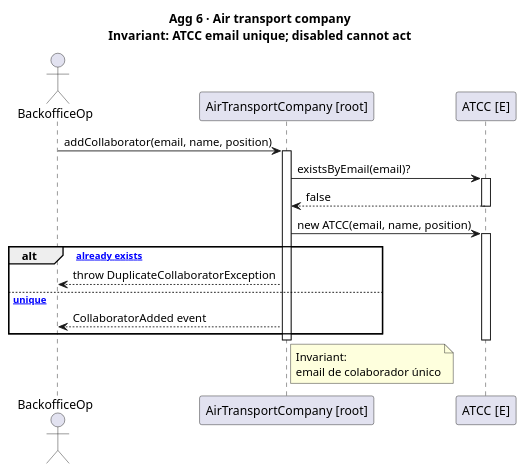
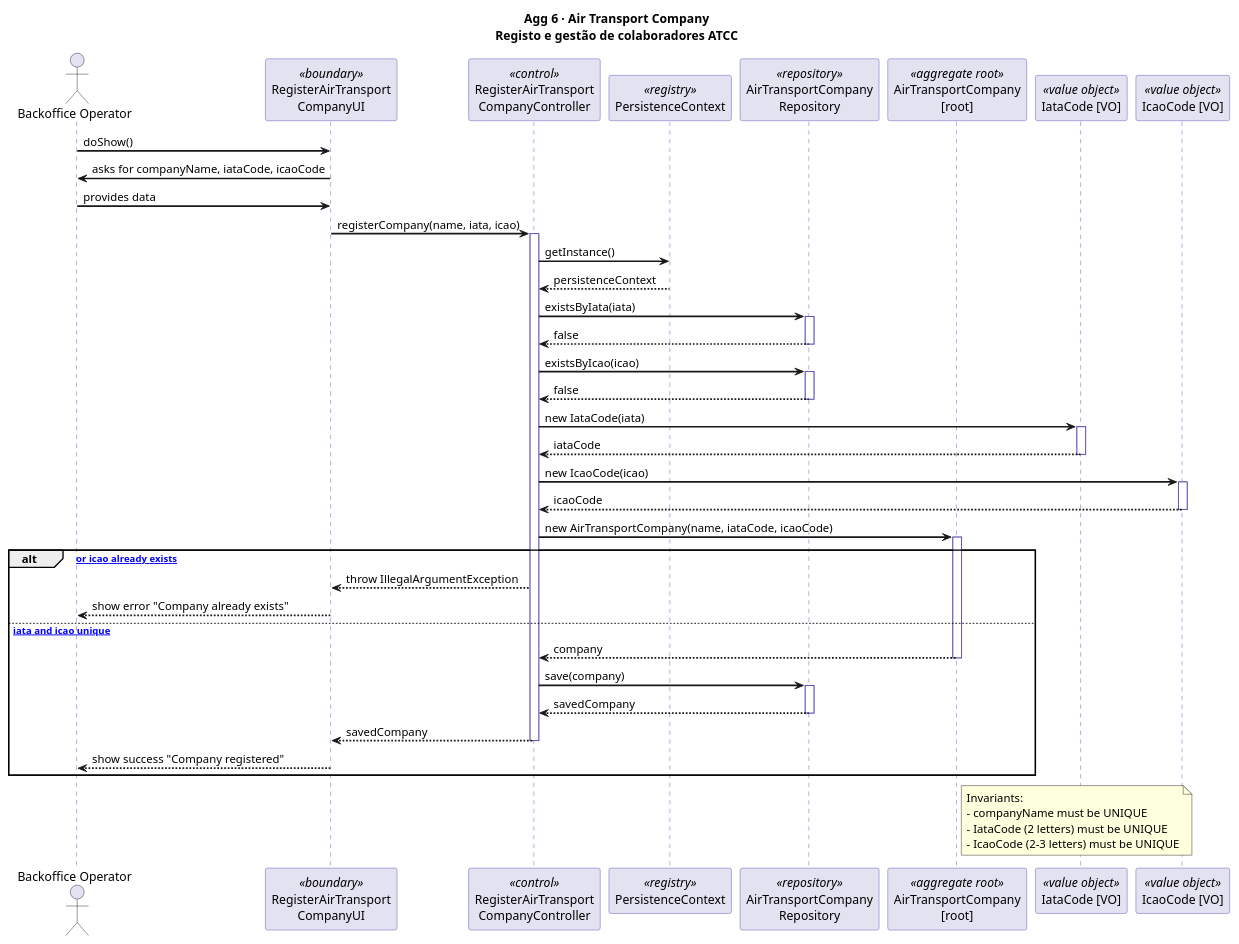
Before and after one commit to DuartePinto1240/sem4pi2526-sem4pi2526_2da2: the diagram in docs/Sprint 1/SSDs/Agg06.puml, drawn with PlantUML. The commit also changed 4 other files, not shown here.

```diff
--- a/docs/Sprint 1/SSDs/Agg06.puml
+++ b/docs/Sprint 1/SSDs/Agg06.puml
@@ -1,33 +1,80 @@
 @startuml US011_Agg06_AirTransportCompany
-title Agg 6 · Air transport company\nInvariant: ATCC email unique; disabled cannot act
+title Agg 6 · Air Transport Company\nRegisto e gestão de colaboradores ATCC
 
-actor "BackofficeOp" as Op
-participant "AirTransportCompany [root]" as ATC
-participant "ATCC [E]" as ATCC
+skinparam sequenceArrowThickness 2
+skinparam sequenceParticipantBorderColor #534AB7
+skinparam sequenceLifeLineBorderColor #534AB7
 
-Op -> ATC : addCollaborator(email, name, position)
+actor "Backoffice Operator" as Op
+
+participant "RegisterAirTransport\nCompanyUI" as UI <<boundary>>
+participant "RegisterAirTransport\nCompanyController" as CTRL <<control>>
+participant "PersistenceContext" as PC <<registry>>
+participant "AirTransportCompany\nRepository" as REPO <<repository>>
+participant "AirTransportCompany\n[root]" as ATC <<aggregate root>>
+participant "IataCode [VO]" as IATA <<value object>>
+participant "IcaoCode [VO]" as ICAO <<value object>>
+
+' ─────────────────────────────
+' Register Company
+' ─────────────────────────────
+
+Op -> UI : doShow()
+UI -> Op : asks for companyName, iataCode, icaoCode
+Op -> UI : provides data
+
+UI -> CTRL : registerCompany(name, iata, icao)
+activate CTRL
+
+CTRL -> PC : getInstance()
+PC --> CTRL : persistenceContext
+
+CTRL -> REPO : existsByIata(iata)
+activate REPO
+REPO --> CTRL : false
+deactivate REPO
+
+CTRL -> REPO : existsByIcao(icao)
+activate REPO
+REPO --> CTRL : false
+deactivate REPO
+
+CTRL -> IATA : new IataCode(iata)
+activate IATA
+IATA --> CTRL : iataCode
+deactivate IATA
+
+CTRL -> ICAO : new IcaoCode(icao)
+activate ICAO
+ICAO --> CTRL : icaoCode
+deactivate ICAO
+
+CTRL -> ATC : new AirTransportCompany(name, iataCode, icaoCode)
 activate ATC
 
-ATC -> ATCC : existsByEmail(email)?
-activate ATCC
-ATCC --> ATC : false
-deactivate ATCC
+alt [iata or icao already exists]
+    CTRL --> UI : throw IllegalArgumentException
+    UI --> Op : show error "Company already exists"
+else [name, iata and icao unique]
+    ATC --> CTRL : company
+    deactivate ATC
 
-ATC -> ATCC : new ATCC(email, name, position)
-activate ATCC
+    CTRL -> REPO : save(company)
+    activate REPO
+    REPO --> CTRL : savedCompany
+    deactivate REPO
 
-alt [email already exists]
-    ATC --> Op : throw DuplicateCollaboratorException
-else [email unique]
-    ATC --> Op : CollaboratorAdded event
+    CTRL --> UI : savedCompany
+    deactivate CTRL
+
+    UI --> Op : show success "Company registered"
 end
 
-deactivate ATCC
-deactivate ATC
-
 note right of ATC
-  Invariant:
-  email de colaborador único
+  Invariants:
+  - companyName must be UNIQUE
+  - IataCode (2 letters) must be UNIQUE
+  - IcaoCode (2-3 letters) must be UNIQUE
 end note
 
 @enduml
```
